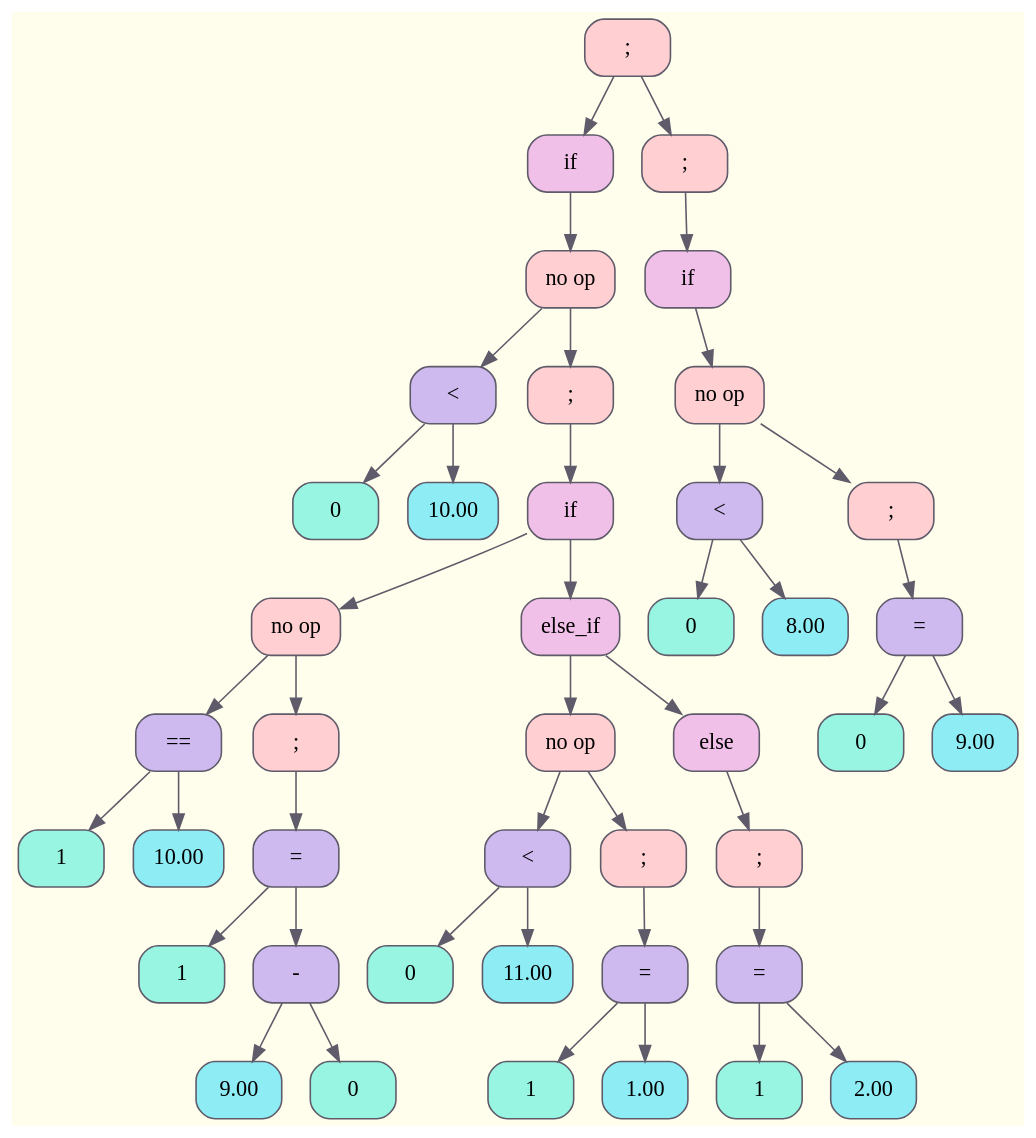
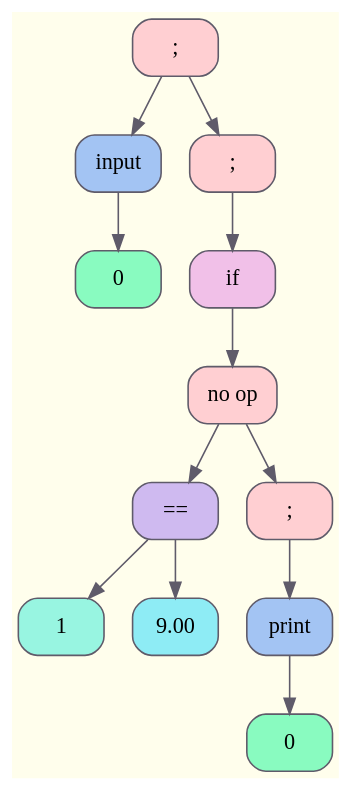
One commit to ksshkh/language changed the diagram in debug/tree.dot. Above: the diagram before and after it, drawn with Graphviz. The commit also changed 10 other files, not shown here.

Commit message:
sqrt, print, input (begin of making functions)

```diff
--- a/debug/tree.dot
+++ b/debug/tree.dot
@@ -1,89 +1,29 @@
 digraph Tree {
 	rankdir = TB;
 	node [shape = record];
 	edge [color = "#5F5B6A"];
 	bgcolor = "#FFFEEC";
-	node0x61bb5010b2a0 [color = "#5F5B6A", shape = Mrecord, style = filled, fillcolor = "#FFCFD2", label = "{;}"];
-		node0x61bb5010b2a0 -> node0x61bb5010b2d0
-	node0x61bb5010b2d0 [color = "#5F5B6A", shape = Mrecord, style = filled, fillcolor = "#F1C0E8", label = "{if}"];
-		node0x61bb5010b2d0 -> node0x61bb5010b300
-	node0x61bb5010b300 [color = "#5F5B6A", shape = Mrecord, style = filled, fillcolor = "#FFCFD2", label = "{no op}"];
-		node0x61bb5010b300 -> node0x61bb5010b330
-	node0x61bb5010b330 [color = "#5F5B6A", shape = Mrecord, style = filled, fillcolor = "#CFBAF0", label = "{&lt;}"];
-		node0x61bb5010b330 -> node0x61bb5010b360
-	node0x61bb5010b360 [color = "#5F5B6A", shape = Mrecord, style = filled, fillcolor = "#98F5E1", label = "{0}"];
-		node0x61bb5010b330 -> node0x61bb5010b390
-	node0x61bb5010b390 [color = "#5F5B6A", shape = Mrecord, style = filled, fillcolor = "#8EECF5", label = "{10.00}"];
-		node0x61bb5010b300 -> node0x61bb5010b3c0
-	node0x61bb5010b3c0 [color = "#5F5B6A", shape = Mrecord, style = filled, fillcolor = "#FFCFD2", label = "{;}"];
-		node0x61bb5010b3c0 -> node0x61bb5010b3f0
-	node0x61bb5010b3f0 [color = "#5F5B6A", shape = Mrecord, style = filled, fillcolor = "#F1C0E8", label = "{if}"];
-		node0x61bb5010b3f0 -> node0x61bb5010b420
-	node0x61bb5010b420 [color = "#5F5B6A", shape = Mrecord, style = filled, fillcolor = "#FFCFD2", label = "{no op}"];
-		node0x61bb5010b420 -> node0x61bb5010b450
-	node0x61bb5010b450 [color = "#5F5B6A", shape = Mrecord, style = filled, fillcolor = "#CFBAF0", label = "{==}"];
-		node0x61bb5010b450 -> node0x61bb5010b480
-	node0x61bb5010b480 [color = "#5F5B6A", shape = Mrecord, style = filled, fillcolor = "#98F5E1", label = "{1}"];
-		node0x61bb5010b450 -> node0x61bb5010b4b0
-	node0x61bb5010b4b0 [color = "#5F5B6A", shape = Mrecord, style = filled, fillcolor = "#8EECF5", label = "{10.00}"];
-		node0x61bb5010b420 -> node0x61bb5010b4e0
-	node0x61bb5010b4e0 [color = "#5F5B6A", shape = Mrecord, style = filled, fillcolor = "#FFCFD2", label = "{;}"];
-		node0x61bb5010b4e0 -> node0x61bb5010b510
-	node0x61bb5010b510 [color = "#5F5B6A", shape = Mrecord, style = filled, fillcolor = "#CFBAF0", label = "{=}"];
-		node0x61bb5010b510 -> node0x61bb5010b540
-	node0x61bb5010b540 [color = "#5F5B6A", shape = Mrecord, style = filled, fillcolor = "#98F5E1", label = "{1}"];
-		node0x61bb5010b510 -> node0x61bb5010b570
-	node0x61bb5010b570 [color = "#5F5B6A", shape = Mrecord, style = filled, fillcolor = "#CFBAF0", label = "{-}"];
-		node0x61bb5010b570 -> node0x61bb5010b5a0
-	node0x61bb5010b5a0 [color = "#5F5B6A", shape = Mrecord, style = filled, fillcolor = "#8EECF5", label = "{9.00}"];
-		node0x61bb5010b570 -> node0x61bb5010b5d0
-	node0x61bb5010b5d0 [color = "#5F5B6A", shape = Mrecord, style = filled, fillcolor = "#98F5E1", label = "{0}"];
-		node0x61bb5010b3f0 -> node0x61bb5010b600
-	node0x61bb5010b600 [color = "#5F5B6A", shape = Mrecord, style = filled, fillcolor = "#F1C0E8", label = "{else_if}"];
-		node0x61bb5010b600 -> node0x61bb5010b630
-	node0x61bb5010b630 [color = "#5F5B6A", shape = Mrecord, style = filled, fillcolor = "#FFCFD2", label = "{no op}"];
-		node0x61bb5010b630 -> node0x61bb5010b660
-	node0x61bb5010b660 [color = "#5F5B6A", shape = Mrecord, style = filled, fillcolor = "#CFBAF0", label = "{&lt;}"];
-		node0x61bb5010b660 -> node0x61bb5010b690
-	node0x61bb5010b690 [color = "#5F5B6A", shape = Mrecord, style = filled, fillcolor = "#98F5E1", label = "{0}"];
-		node0x61bb5010b660 -> node0x61bb5010b6c0
-	node0x61bb5010b6c0 [color = "#5F5B6A", shape = Mrecord, style = filled, fillcolor = "#8EECF5", label = "{11.00}"];
-		node0x61bb5010b630 -> node0x61bb5010b6f0
-	node0x61bb5010b6f0 [color = "#5F5B6A", shape = Mrecord, style = filled, fillcolor = "#FFCFD2", label = "{;}"];
-		node0x61bb5010b6f0 -> node0x61bb5010b720
-	node0x61bb5010b720 [color = "#5F5B6A", shape = Mrecord, style = filled, fillcolor = "#CFBAF0", label = "{=}"];
-		node0x61bb5010b720 -> node0x61bb5010b750
-	node0x61bb5010b750 [color = "#5F5B6A", shape = Mrecord, style = filled, fillcolor = "#98F5E1", label = "{1}"];
-		node0x61bb5010b720 -> node0x61bb5010b780
-	node0x61bb5010b780 [color = "#5F5B6A", shape = Mrecord, style = filled, fillcolor = "#8EECF5", label = "{1.00}"];
-		node0x61bb5010b600 -> node0x61bb5010b7b0
-	node0x61bb5010b7b0 [color = "#5F5B6A", shape = Mrecord, style = filled, fillcolor = "#F1C0E8", label = "{else}"];
-		node0x61bb5010b7b0 -> node0x61bb5010b7e0
-	node0x61bb5010b7e0 [color = "#5F5B6A", shape = Mrecord, style = filled, fillcolor = "#FFCFD2", label = "{;}"];
-		node0x61bb5010b7e0 -> node0x61bb5010b810
-	node0x61bb5010b810 [color = "#5F5B6A", shape = Mrecord, style = filled, fillcolor = "#CFBAF0", label = "{=}"];
-		node0x61bb5010b810 -> node0x61bb5010b840
-	node0x61bb5010b840 [color = "#5F5B6A", shape = Mrecord, style = filled, fillcolor = "#98F5E1", label = "{1}"];
-		node0x61bb5010b810 -> node0x61bb5010b870
-	node0x61bb5010b870 [color = "#5F5B6A", shape = Mrecord, style = filled, fillcolor = "#8EECF5", label = "{2.00}"];
-		node0x61bb5010b2a0 -> node0x61bb5010b8a0
-	node0x61bb5010b8a0 [color = "#5F5B6A", shape = Mrecord, style = filled, fillcolor = "#FFCFD2", label = "{;}"];
-		node0x61bb5010b8a0 -> node0x61bb5010b8d0
-	node0x61bb5010b8d0 [color = "#5F5B6A", shape = Mrecord, style = filled, fillcolor = "#F1C0E8", label = "{if}"];
-		node0x61bb5010b8d0 -> node0x61bb5010b900
-	node0x61bb5010b900 [color = "#5F5B6A", shape = Mrecord, style = filled, fillcolor = "#FFCFD2", label = "{no op}"];
-		node0x61bb5010b900 -> node0x61bb5010b930
-	node0x61bb5010b930 [color = "#5F5B6A", shape = Mrecord, style = filled, fillcolor = "#CFBAF0", label = "{&lt;}"];
-		node0x61bb5010b930 -> node0x61bb5010b960
-	node0x61bb5010b960 [color = "#5F5B6A", shape = Mrecord, style = filled, fillcolor = "#98F5E1", label = "{0}"];
-		node0x61bb5010b930 -> node0x61bb5010b990
-	node0x61bb5010b990 [color = "#5F5B6A", shape = Mrecord, style = filled, fillcolor = "#8EECF5", label = "{8.00}"];
-		node0x61bb5010b900 -> node0x61bb5010b9c0
-	node0x61bb5010b9c0 [color = "#5F5B6A", shape = Mrecord, style = filled, fillcolor = "#FFCFD2", label = "{;}"];
-		node0x61bb5010b9c0 -> node0x61bb5010b9f0
-	node0x61bb5010b9f0 [color = "#5F5B6A", shape = Mrecord, style = filled, fillcolor = "#CFBAF0", label = "{=}"];
-		node0x61bb5010b9f0 -> node0x61bb5010ba20
-	node0x61bb5010ba20 [color = "#5F5B6A", shape = Mrecord, style = filled, fillcolor = "#98F5E1", label = "{0}"];
-		node0x61bb5010b9f0 -> node0x61bb5010ba50
-	node0x61bb5010ba50 [color = "#5F5B6A", shape = Mrecord, style = filled, fillcolor = "#8EECF5", label = "{9.00}"];
+	node0x5d2efc75bbd0 [color = "#5F5B6A", shape = Mrecord, style = filled, fillcolor = "#FFCFD2", label = "{;}"];
+		node0x5d2efc75bbd0 -> node0x5d2efc75ba80
+	node0x5d2efc75ba80 [color = "#5F5B6A", shape = Mrecord, style = filled, fillcolor = "#A3C4F3", label = "{input}"];
+		node0x5d2efc75ba80 -> node0x5d2efc75b750
+	node0x5d2efc75b750 [color = "#5F5B6A", shape = Mrecord, style = filled, fillcolor = "#89FBC0", label = "{0}"];
+		node0x5d2efc75bbd0 -> node0x5d2efc75bba0
+	node0x5d2efc75bba0 [color = "#5F5B6A", shape = Mrecord, style = filled, fillcolor = "#FFCFD2", label = "{;}"];
+		node0x5d2efc75bba0 -> node0x5d2efc75bb70
+	node0x5d2efc75bb70 [color = "#5F5B6A", shape = Mrecord, style = filled, fillcolor = "#F1C0E8", label = "{if}"];
+		node0x5d2efc75bb70 -> node0x5d2efc75bb40
+	node0x5d2efc75bb40 [color = "#5F5B6A", shape = Mrecord, style = filled, fillcolor = "#FFCFD2", label = "{no op}"];
+		node0x5d2efc75bb40 -> node0x5d2efc75bab0
+	node0x5d2efc75bab0 [color = "#5F5B6A", shape = Mrecord, style = filled, fillcolor = "#CFBAF0", label = "{==}"];
+		node0x5d2efc75bab0 -> node0x5d2efc75b840
+	node0x5d2efc75b840 [color = "#5F5B6A", shape = Mrecord, style = filled, fillcolor = "#98F5E1", label = "{1}"];
+		node0x5d2efc75bab0 -> node0x5d2efc75b8a0
+	node0x5d2efc75b8a0 [color = "#5F5B6A", shape = Mrecord, style = filled, fillcolor = "#8EECF5", label = "{9.00}"];
+		node0x5d2efc75bb40 -> node0x5d2efc75bb10
+	node0x5d2efc75bb10 [color = "#5F5B6A", shape = Mrecord, style = filled, fillcolor = "#FFCFD2", label = "{;}"];
+		node0x5d2efc75bb10 -> node0x5d2efc75bae0
+	node0x5d2efc75bae0 [color = "#5F5B6A", shape = Mrecord, style = filled, fillcolor = "#A3C4F3", label = "{print}"];
+		node0x5d2efc75bae0 -> node0x5d2efc75b990
+	node0x5d2efc75b990 [color = "#5F5B6A", shape = Mrecord, style = filled, fillcolor = "#89FBC0", label = "{0}"];
 }
```
